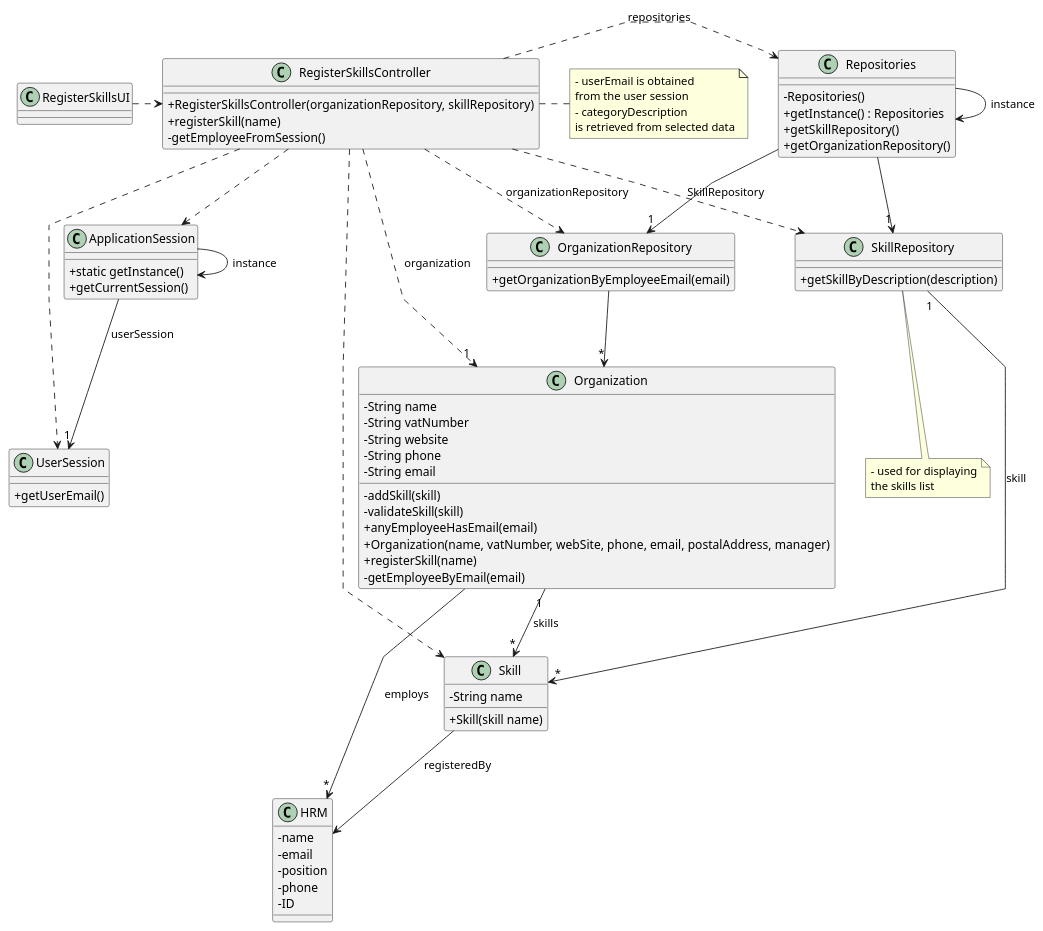
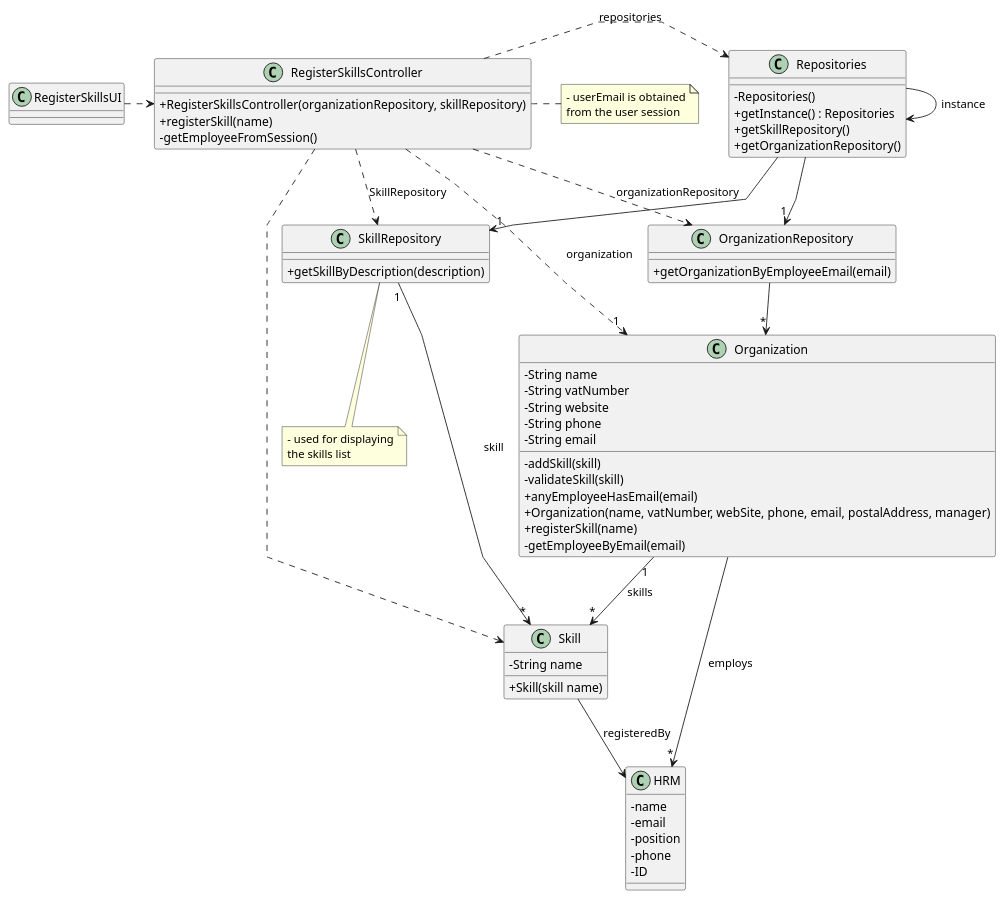
One commit to Departamento-de-Engenharia-Informatica/lei-24-s2-1dl-g121 changed the diagram in docs/sprintB/us001/03.design/puml/us001-class-diagram.puml. Above: the diagram before and after it, drawn with PlantUML.

Commit message:
us01 class diagram done

```diff
--- a/docs/sprintB/us001/03.design/puml/us001-class-diagram.puml
+++ b/docs/sprintB/us001/03.design/puml/us001-class-diagram.puml
@@ -1,121 +1,119 @@
 @startuml
 'skinparam monochrome true
 skinparam packageStyle rectangle
 skinparam shadowing false
 skinparam linetype polyline
 'skinparam linetype orto
 
 skinparam classAttributeIconSize 0
 
 'left to right direction
 
-class ApplicationSession
-{
-    + static getInstance()
-    + getCurrentSession()
-}
-
-class UserSession
-{
-    + getUserEmail()
-}
+'class ApplicationSession
+'{
+'    + static getInstance()
+'    + getCurrentSession()
+'}
+'
+'class UserSession
+'{
+'    + getUserEmail()
+'}
 
 class HRM {
     - name
     - email
     - position
     - phone
     - ID
 }
 
 class Skill {
     - String name
 
     + Skill(skill name)
 }
 
 
 class Organization {
     - String name
     - String vatNumber
     - String website
     - String phone
     - String email
 
     - addSkill(skill)
     - validateSkill(skill)
     + anyEmployeeHasEmail(email)
     + Organization(name, vatNumber, webSite, phone, email, postalAddress, manager)
     + registerSkill(name)
     - getEmployeeByEmail(email)
 
 '  +saveTask(task)
 }
 
 class SkillRepository {
     + getSkillByDescription(description)
 }
 
 class OrganizationRepository {
     + getOrganizationByEmployeeEmail(email)
 }
 
 class Repositories {
     - Repositories()
     + getInstance() : Repositories
     + getSkillRepository()
     + getOrganizationRepository()
 }
 
 class RegisterSkillsController {
     + RegisterSkillsController(organizationRepository, skillRepository)
     '+ getTaskCategories()
     + registerSkill(name)
     '- getTaskCategoryByDescription(taskCategoryDescription)
     - getEmployeeFromSession()
 }
 
 note right of RegisterSkillsController
     - userEmail is obtained
     from the user session
-    - categoryDescription
-    is retrieved from selected data
 end note
 
 note bottom of SkillRepository
     - used for displaying
     the skills list
 end note
 
 class RegisterSkillsUI {
 }
 
 Repositories -> Repositories : instance
-ApplicationSession -> ApplicationSession : instance
+'ApplicationSession -> ApplicationSession : instance
 
 RegisterSkillsUI .> RegisterSkillsController
 
 RegisterSkillsController .> Repositories : repositories
 
 Repositories -> "1" SkillRepository
 
 RegisterSkillsController ..> Skill
 RegisterSkillsController ..> OrganizationRepository : organizationRepository
 RegisterSkillsController ..> SkillRepository : SkillRepository
 
 Repositories --> "1" OrganizationRepository
 
 OrganizationRepository --> "*" Organization
-ApplicationSession --> "1" UserSession : userSession
+'ApplicationSession --> "1" UserSession : userSession
 
 RegisterSkillsController ..> "1" Organization : organization
-RegisterSkillsController ..> ApplicationSession
-RegisterSkillsController ..> UserSession
+'RegisterSkillsController ..> ApplicationSession
+'RegisterSkillsController ..> UserSession
 ' Task "*" --> "1" Skill : skill
 SkillRepository "1" --> "*" Skill : skill
 Organization "1" --> "*" Skill : skills
 Skill --> HRM : registeredBy
 
 Organization --> "*" HRM : employs
 
 @enduml
```
